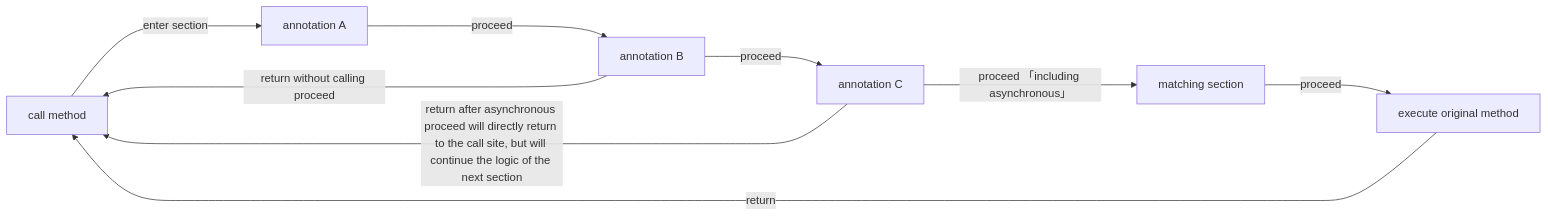
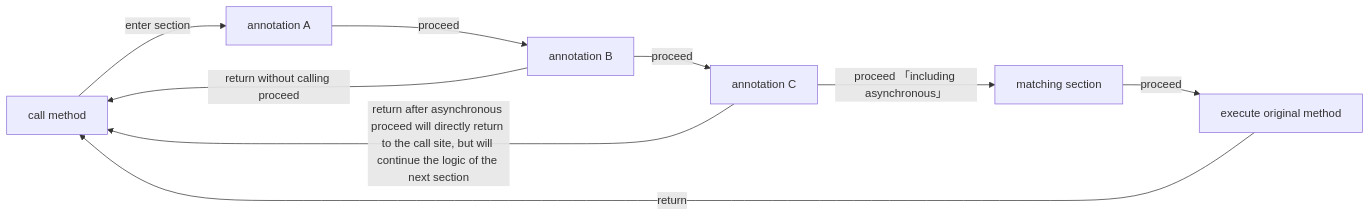
The diagram in docs/ProceedJoinPoint.md (FlyJingFish/AndroidAOP), drawn with Mermaid before and after one commit. The commit also changed 7 other files, not shown here.

````diff
--- a/docs/ProceedJoinPoint.md
+++ b/docs/ProceedJoinPoint.md
@@ -24,11 +24,11 @@
 ``` mermaid
 graph LR
-X[call method] ---> |enter section| A[annotation A];
-A[annotation A] ---> |proceed| B[annotation B];
-B ---> |proceed| C[annotation C];
-B ---> |return without calling proceed| X;
-C ---> |return after asynchronous proceed will directly return to the call site, but will continue the logic of the next section| X;
-C ---> |proceed 「including asynchronous」| D[matching section];
-D ---> |proceed| E[execute original method];
-E ---> |return| X;
+X[call method] --> |enter section| A[annotation A];
+A[annotation A] --> |proceed| B[annotation B];
+B --> |proceed| C[annotation C];
+B --> |return without calling proceed| X;
+C --> |return after asynchronous proceed will directly return to the call site, but will continue the logic of the next section| X;
+C --> |proceed 「including asynchronous」| D[matching section];
+D --> |proceed| E[execute original method];
+E --> |return| X;
 ```
````
